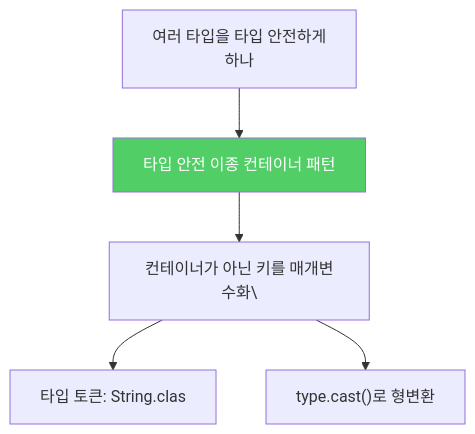
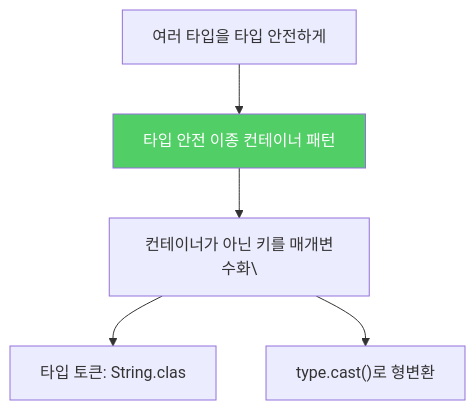
The second of 2 diagrams in _posts/java/2022-01-11-effective-java33.md (yjkim2015/yjkim2015.github.io), drawn with Mermaid before and after one commit. The commit also changed other lines of this file and 217 other files, not shown here.

First line of the commit message:
Mermaid 크기 수정: useMaxWidth:true + SVG max-width:100% + 라벨 축소

````diff
--- a/_posts/java/2022-01-11-effective-java33.md
+++ b/_posts/java/2022-01-11-effective-java33.md
@@ -162,8 +162,8 @@
 ```mermaid
 graph TD
-    A["여러 타입을 타입 안전하게\n하나"] --> B["타입 안전 이종 컨테이너 패턴"]
+    A["여러 타입을 타입 안전하게"] --> B["타입 안전 이종 컨테이너 패턴"]
     B --> C["컨테이너가 아닌 키를 매개변수화\"]
     C --> D["타입 토큰: String.clas"]
-    C --> E["type.cast()로 형변환\n"]
+    C --> E["type.cast()로 형변환"]
     style B fill:#51cf66,color:#fff
 ```
````
